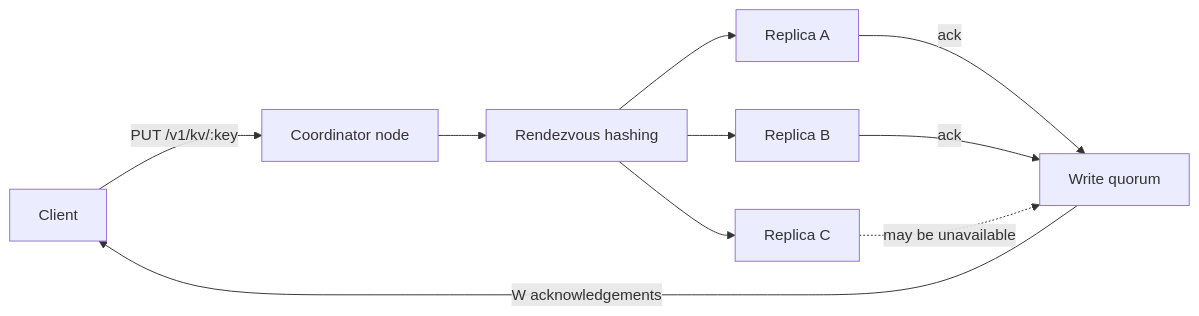
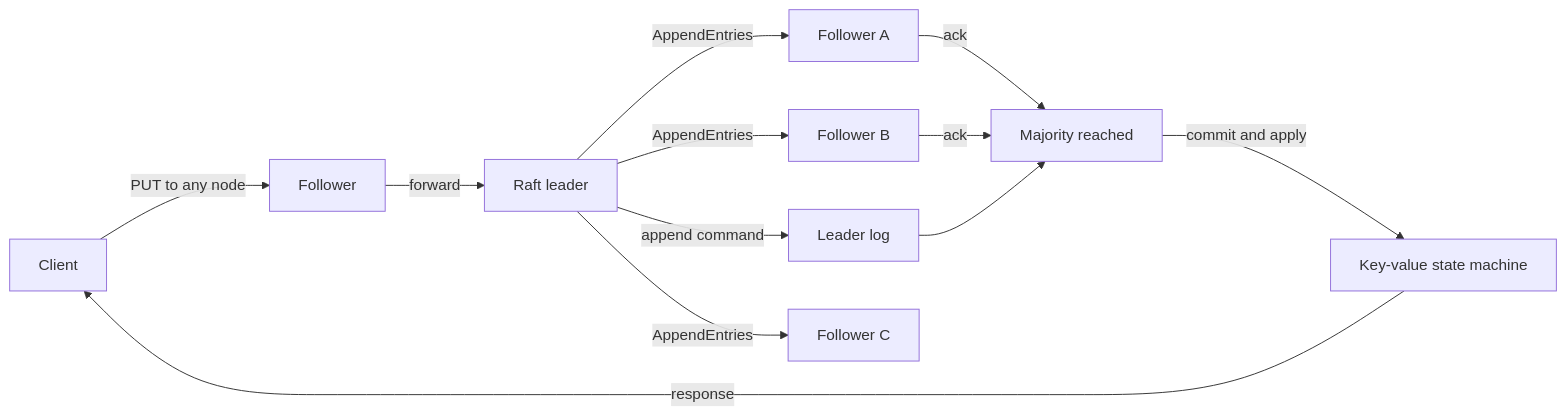
Before and after one commit to jiholee5217/distributed-kv-store: the diagram in README.md, drawn with Mermaid. The commit also changed other lines of this file and 28 other files, not shown here.

````diff
--- a/README.md
+++ b/README.md
@@ -24,12 +26,14 @@
 ```mermaid
 flowchart LR
-    C["Client"] -->|"PUT /v1/kv/:key"| A["Coordinator node"]
-    A --> H["Rendezvous hashing"]
-    H --> N1["Replica A"]
-    H --> N2["Replica B"]
-    H --> N3["Replica C"]
-    N1 -->|"ack"| Q["Write quorum"]
-    N2 -->|"ack"| Q
-    N3 -.->|"may be unavailable"| Q
-    Q -->|"W acknowledgements"| C
+    C["Client"] -->|"PUT to any node"| F["Follower"]
+    F -->|"forward"| L["Raft leader"]
+    L -->|"append command"| LL["Leader log"]
+    L -->|"AppendEntries"| A["Follower A"]
+    L -->|"AppendEntries"| B["Follower B"]
+    L -->|"AppendEntries"| D["Follower C"]
+    A -->|"ack"| Q["Majority reached"]
+    B -->|"ack"| Q
+    LL --> Q
+    Q -->|"commit and apply"| S["Key-value state machine"]
+    S -->|"response"| C
 ```
````
